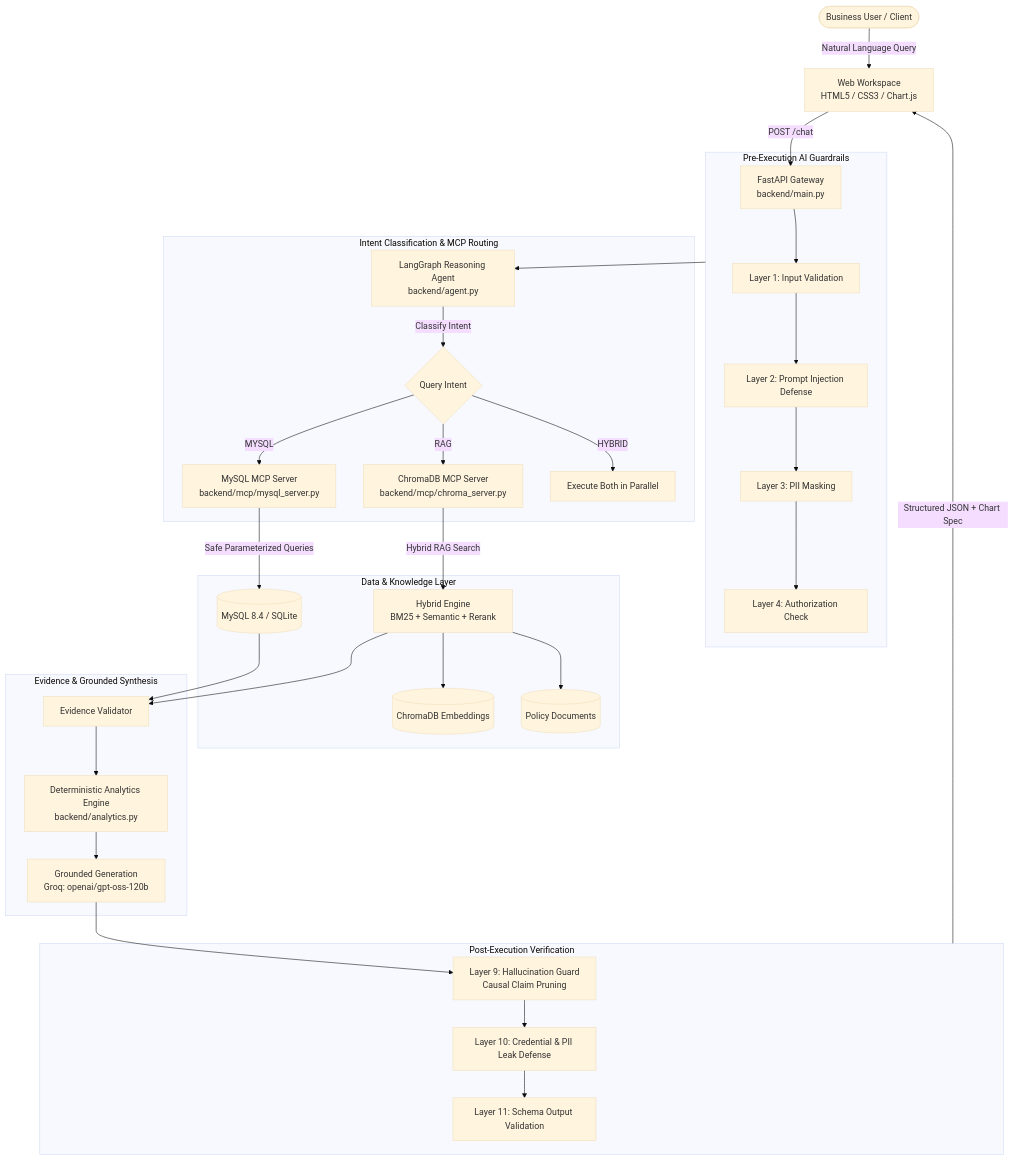
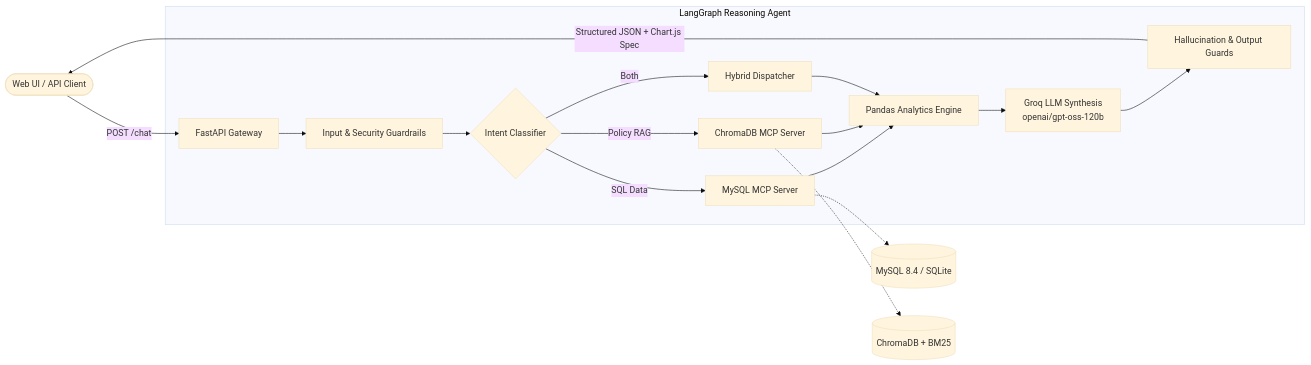
One commit to bittush8789/mcp-enterprise-data-analyst changed the diagram in README.md. Above: the diagram before and after it, drawn with Mermaid (base theme). The commit also changed other lines of this file, not shown here.

````diff
--- a/README.md
+++ b/README.md
@@ -121,43 +60,23 @@
 ```mermaid
-flowchart TD
-    User([Business User / Client]) -->|Natural Language Query| UI[Web Workspace<br/>HTML5 / CSS3 / Chart.js]
-    UI -->|POST /chat| API[FastAPI Gateway<br/>backend/main.py]
-
-    subgraph Guardrails_In [Pre-Execution AI Guardrails]
-        API --> G1[Layer 1: Input Validation]
-        G1 --> G2[Layer 2: Prompt Injection Defense]
-        G2 --> G3[Layer 3: PII Masking]
-        G3 --> G4[Layer 4: Authorization Check]
+flowchart LR
+    Client([Web UI / API Client]) -->|POST /chat| Gateway[FastAPI Gateway]
+    
+    subgraph Core [LangGraph Reasoning Agent]
+        Gateway --> GuardrailsIn[Input & Security Guardrails]
+        GuardrailsIn --> Intent{Intent Classifier}
+        Intent -->|SQL Data| MCP_SQL[MySQL MCP Server]
+        Intent -->|Policy RAG| MCP_RAG[ChromaDB MCP Server]
+        Intent -->|Both| MCP_Both[Hybrid Dispatcher]
+        
+        MCP_SQL --> Analytics[Pandas Analytics Engine]
+        MCP_RAG --> Analytics
+        MCP_Both --> Analytics
+        
+        Analytics --> LLM[Groq LLM Synthesis<br/>openai/gpt-oss-120b]
+        LLM --> GuardrailsOut[Hallucination & Output Guards]
     end
 
-    Guardrails_In --> Agent[LangGraph Reasoning Agent<br/>backend/agent.py]
-
-    subgraph Agent_Routing [Intent Classification & MCP Routing]
-        Agent -->|Classify Intent| Router{Query Intent}
-        Router -->|MYSQL| MCP_SQL[MySQL MCP Server<br/>backend/mcp/mysql_server.py]
-        Router -->|RAG| MCP_RAG[ChromaDB MCP Server<br/>backend/mcp/chroma_server.py]
-        Router -->|HYBRID| MCP_BOTH[Execute Both in Parallel]
-    end
-
-    subgraph Data_Layer [Data & Knowledge Layer]
-        MCP_SQL -->|Safe Parameterized Queries| DB[(MySQL 8.4 / SQLite)]
-        MCP_RAG -->|Hybrid RAG Search| RAGEngine[Hybrid Engine<br/>BM25 + Semantic + Rerank]
-        RAGEngine --> VDB[(ChromaDB Embeddings)]
-        RAGEngine --> DOCS[(Policy Documents)]
-    end
-
-    subgraph Analytics_Synthesis [Evidence & Grounded Synthesis]
-        DB --> EV[Evidence Validator]
-        RAGEngine --> EV
-        EV --> Pandas[Deterministic Analytics Engine<br/>backend/analytics.py]
-        Pandas --> LLM[Grounded Generation<br/>Groq: openai/gpt-oss-120b]
-    end
-
-    subgraph Guardrails_Out [Post-Execution Verification]
-        LLM --> G9[Layer 9: Hallucination Guard<br/>Causal Claim Pruning]
-        G9 --> G10[Layer 10: Credential & PII Leak Defense]
-        G10 --> G11[Layer 11: Schema Output Validation]
-    end
-
-    Guardrails_Out -->|Structured JSON + Chart Spec| UI
+    MCP_SQL -.-> DB[(MySQL 8.4 / SQLite)]
+    MCP_RAG -.-> VDB[(ChromaDB + BM25)]
+    GuardrailsOut -->|Structured JSON + Chart.js Spec| Client
 ```
````
